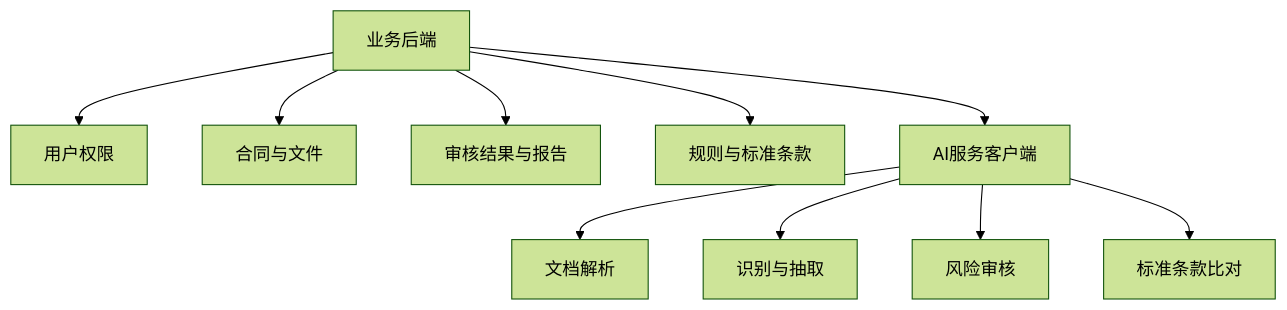
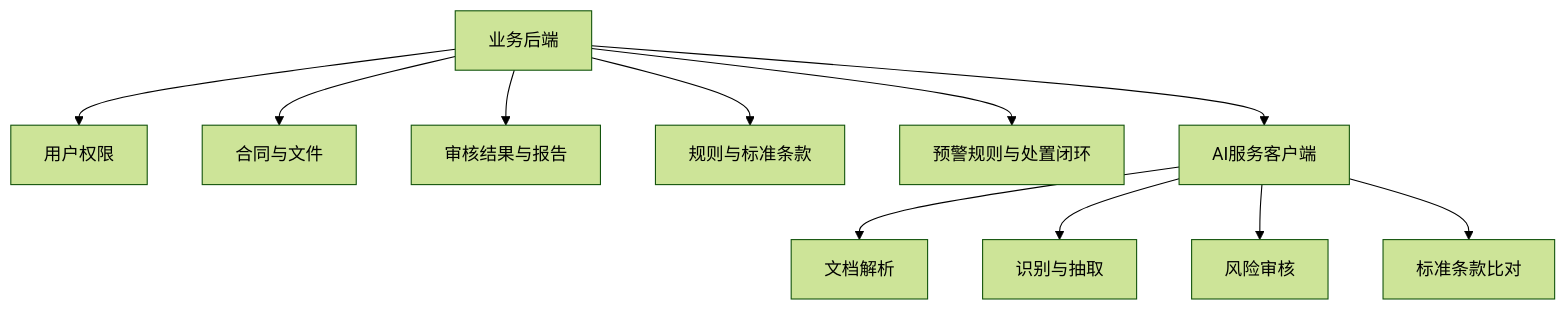
Before and after one commit to liuziwen168/A24-Contract-Audit: the second of 3 diagrams in docs/02-系统架构设计.md, drawn with Mermaid (forest theme). The commit also changed other lines of this file and 171 other files, not shown here.

````diff
--- a/docs/02-系统架构设计.md
+++ b/docs/02-系统架构设计.md
@@ -56,12 +57,13 @@
 ```mermaid
 flowchart TB
     B[业务后端] --> UM[用户权限]
     B --> CM[合同与文件]
     B --> RM[审核结果与报告]
     B --> ADM[规则与标准条款]
+    B --> WM[预警规则与处置闭环]
     B --> AI[AI服务客户端]
     AI --> DP[文档解析]
     AI --> IE[识别与抽取]
     AI --> RA[风险审核]
     AI --> SC[标准条款比对]
 ```
````
